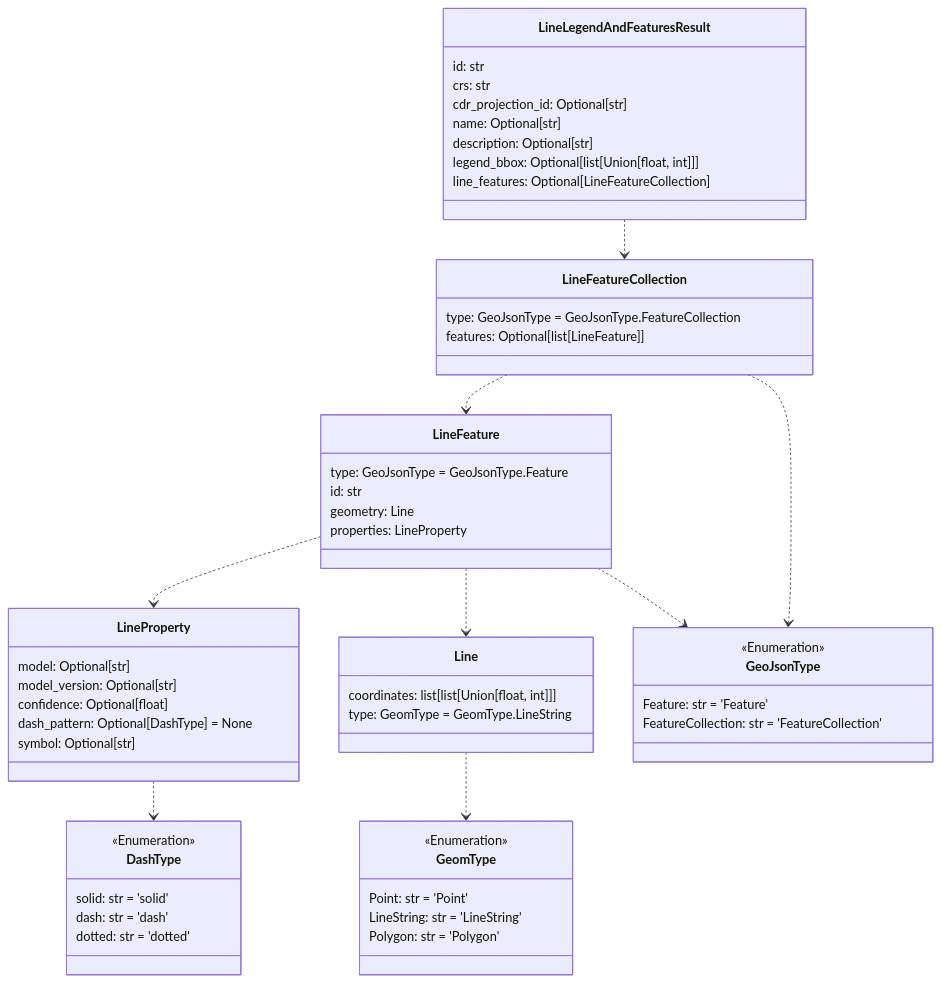
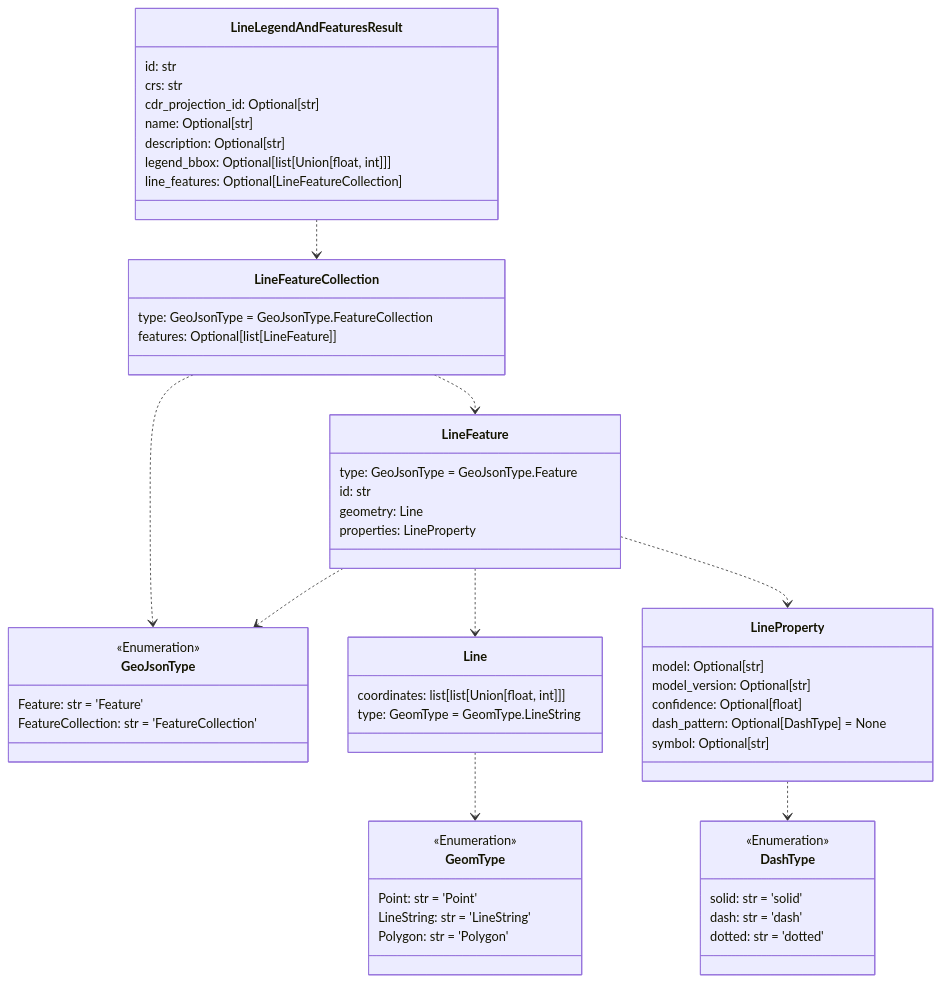
One commit to DARPA-CRITICALMAAS/cdr_schemas changed the sixth of 12 diagrams in README.md. Above: the diagram before and after it, drawn with Mermaid. The commit also changed other lines of this file, not shown here.

````diff
--- a/README.md
+++ b/README.md
@@ -411,69 +411,69 @@
 ```mermaid
 classDiagram
-
-    class LineFeature {
-        type: GeoJsonType = GeoJsonType.Feature
-        id: str
-        geometry: Line
-        properties: LineProperty
-    }
-
-    class DashType {
-        <<Enumeration>>
-        solid: str = 'solid'
-        dash: str = 'dash'
-        dotted: str = 'dotted'
-    }
 
     class LineLegendAndFeaturesResult {
         id: str
         crs: str
         cdr_projection_id: Optional[str]
         name: Optional[str]
         description: Optional[str]
         legend_bbox: Optional[list[Union[float, int]]]
         line_features: Optional[LineFeatureCollection]
     }
 
+    class LineFeature {
+        type: GeoJsonType = GeoJsonType.Feature
+        id: str
+        geometry: Line
+        properties: LineProperty
+    }
+
+    class GeoJsonType {
+        <<Enumeration>>
+        Feature: str = 'Feature'
+        FeatureCollection: str = 'FeatureCollection'
+    }
+
+    class GeomType {
+        <<Enumeration>>
+        Point: str = 'Point'
+        LineString: str = 'LineString'
+        Polygon: str = 'Polygon'
+    }
+
     class LineProperty {
         model: Optional[str]
         model_version: Optional[str]
         confidence: Optional[float]
         dash_pattern: Optional[DashType] = None
         symbol: Optional[str]
     }
 
-    class GeoJsonType {
+    class DashType {
         <<Enumeration>>
-        Feature: str = 'Feature'
-        FeatureCollection: str = 'FeatureCollection'
+        solid: str = 'solid'
+        dash: str = 'dash'
+        dotted: str = 'dotted'
     }
 
     class LineFeatureCollection {
         type: GeoJsonType = GeoJsonType.FeatureCollection
         features: Optional[list[LineFeature]]
     }
 
     class Line {
         coordinates: list[list[Union[float, int]]]
         type: GeomType = GeomType.LineString
     }
 
-    class GeomType {
-        <<Enumeration>>
-        Point: str = 'Point'
-        LineString: str = 'LineString'
-        Polygon: str = 'Polygon'
-    }
-
     Line ..> GeomType
     LineProperty ..> DashType
-    LineFeature ..> LineProperty
     LineFeature ..> Line
     LineFeature ..> GeoJsonType
+    LineFeature ..> LineProperty
     LineFeatureCollection ..> LineFeature
     LineFeatureCollection ..> GeoJsonType
     LineLegendAndFeaturesResult ..> LineFeatureCollection
 
 
 ```
````
